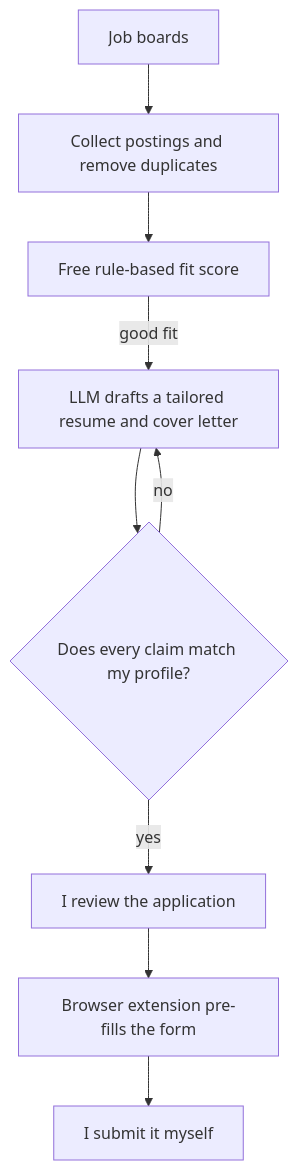
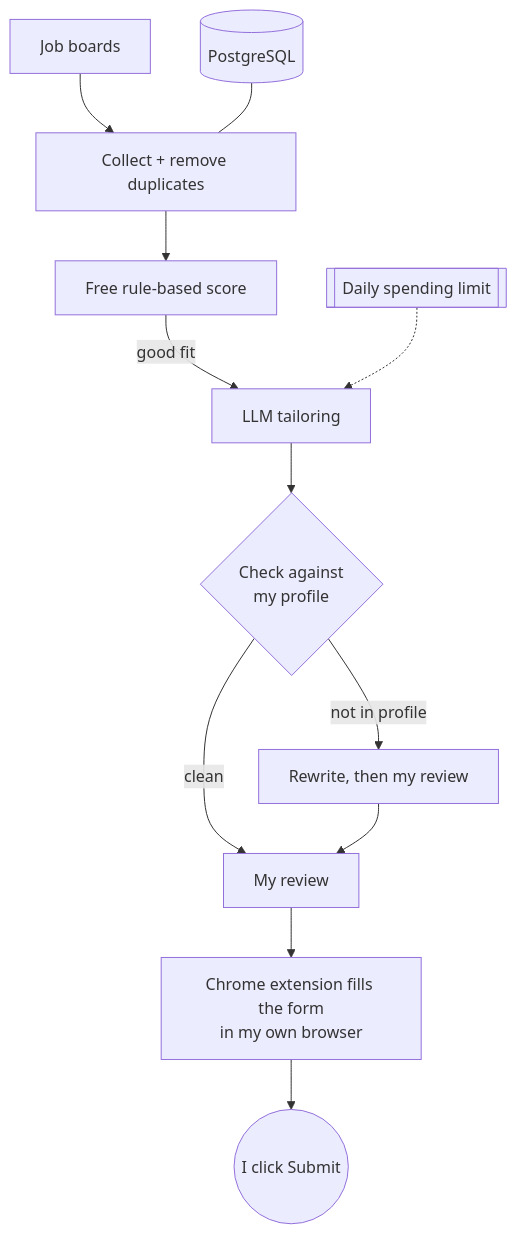
The diagram in README.md (Deshraj-Jogiya/Deshraj-Jogiya), drawn with Mermaid before and after one commit.

Commit message:
Restore the fuller Career Pilot diagram in a vertical layout

````diff
--- a/README.md
+++ b/README.md
@@ -35,11 +35,14 @@
 ```mermaid
 flowchart TD
-    A[Job boards] --> B[Collect postings and remove duplicates]
-    B --> C[Free rule-based fit score]
-    C -- good fit --> D[LLM drafts a tailored resume and cover letter]
-    D --> E{Does every claim match my profile?}
-    E -- no --> D
-    E -- yes --> F[I review the application]
-    F --> G[Browser extension pre-fills the form]
-    G --> H[I submit it myself]
+    B[Job boards] --> I[Collect + remove duplicates]
+    C[(PostgreSQL)] --- I
+    I --> S[Free rule-based score]
+    S -- good fit --> L[LLM tailoring]
+    K[[Daily spending limit]] -.-> L
+    L --> G{Check against<br/>my profile}
+    G -- not in profile --> R[Rewrite, then my review]
+    G -- clean --> Q[My review]
+    R --> Q
+    Q --> X[Chrome extension fills the form<br/>in my own browser]
+    X --> H((I click Submit))
 ```
````
